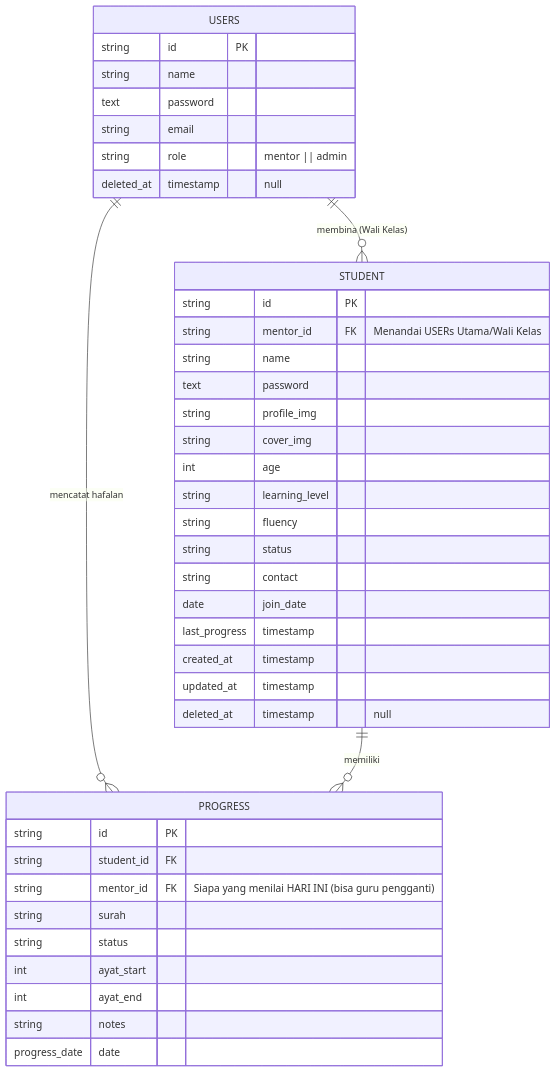
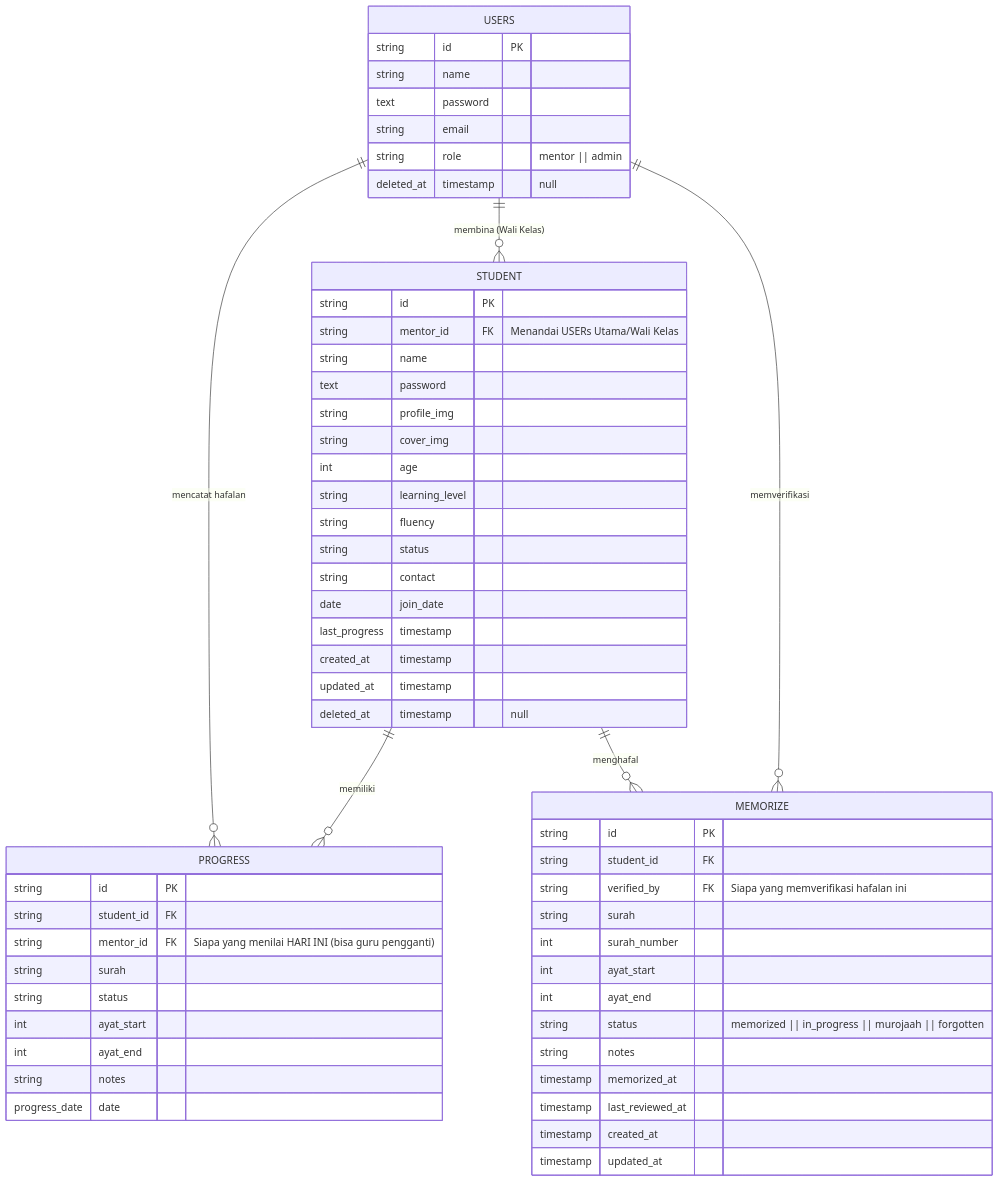
The diagram in ERD.mermaid (AbiPasundan/backend-mosque-tahfidz-management), drawn with Mermaid before and after one commit.

Commit message:
feat: update ERD

```diff
--- a/ERD.mermaid
+++ b/ERD.mermaid
@@ -1,45 +1,63 @@
 erDiagram
     USERS {
         string id PK
         string name
         text password
         string email
         string role "mentor || admin"
         deleted_at timestamp "null"
     }
 
     STUDENT {
         string id PK
         string mentor_id FK "Menandai USERs Utama/Wali Kelas"
         string name
         text password
         string profile_img
         string cover_img
         int age
         string learning_level
         string fluency
         string status
         string contact
         date join_date
         last_progress timestamp
         created_at timestamp
         updated_at timestamp
         deleted_at timestamp "null"
     }
 
     PROGRESS {
         string id PK
         string student_id FK
         string mentor_id FK "Siapa yang menilai HARI INI (bisa guru pengganti)"
         string surah
         string status 
         int ayat_start
         int ayat_end
         string notes
         progress_date date
     }
 
+    MEMORIZE {
+        string id PK
+        string student_id FK
+        string verified_by FK "Siapa yang memverifikasi hafalan ini"
+        string surah
+        int surah_number
+        int ayat_start
+        int ayat_end
+        string status "memorized || in_progress || murojaah || forgotten"
+        string notes
+        timestamp memorized_at
+        timestamp last_reviewed_at
+        timestamp created_at
+        timestamp updated_at
+    }
+
     %% Relasi
     USERS ||--o{ STUDENT : "membina (Wali Kelas)"
     USERS ||--o{ PROGRESS : "mencatat hafalan"
     STUDENT ||--o{ PROGRESS : "memiliki"
+    STUDENT ||--o{ MEMORIZE : "menghafal"
+    USERS ||--o{ MEMORIZE : "memverifikasi"
```
